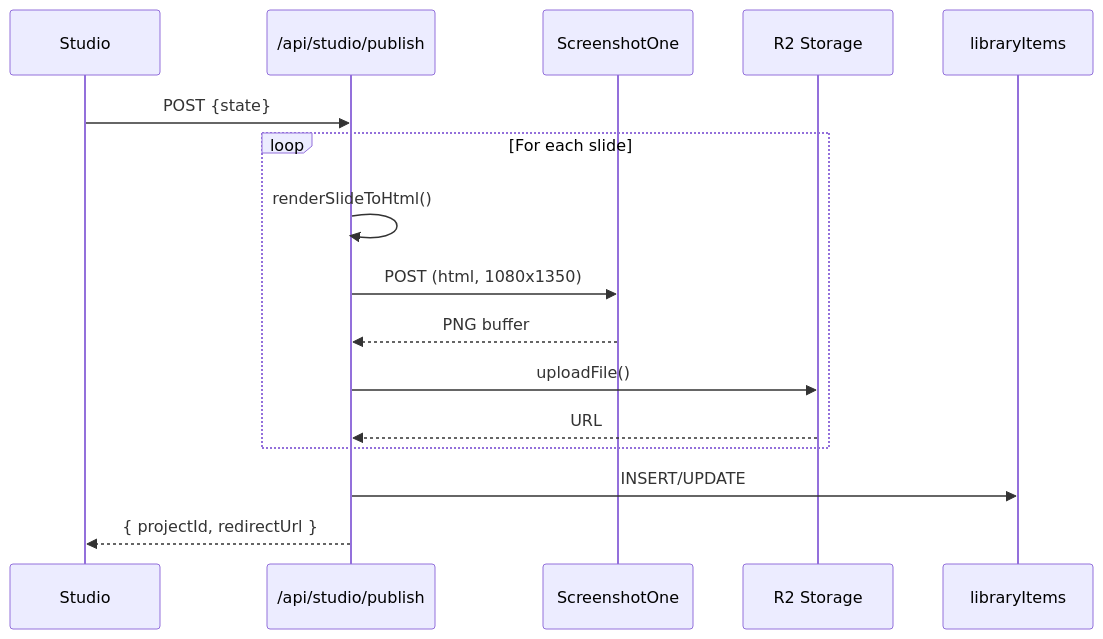
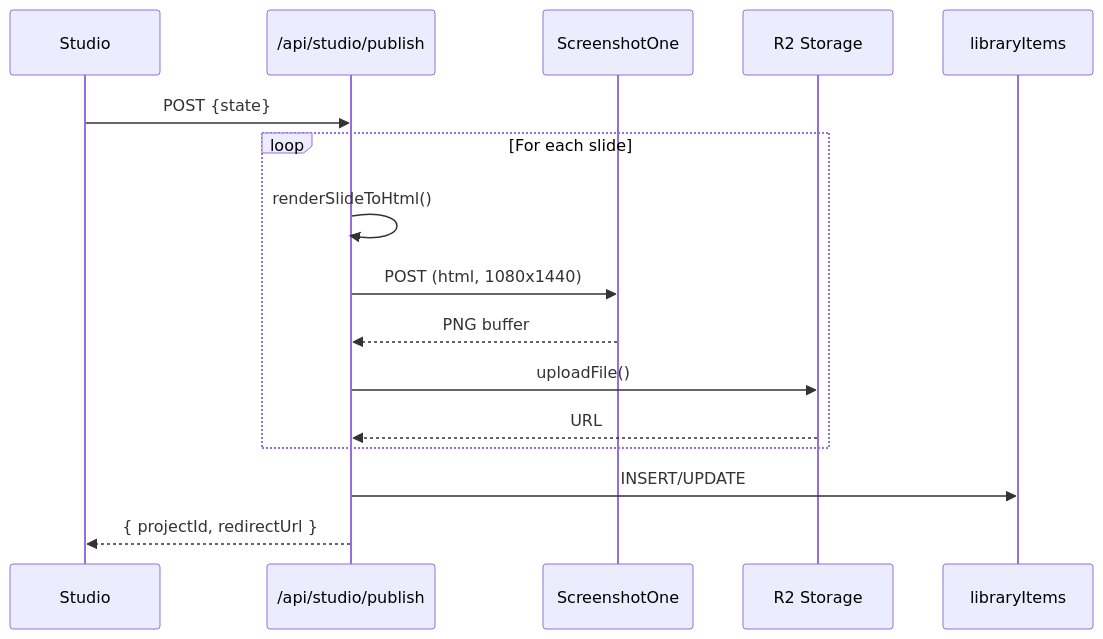
Before and after one commit to zoryon-dev/maquina-de-conteudo: diagram 12 of 21 in .context/docs/architecture.md, drawn with Mermaid. The commit also changed 17 other files, not shown here.

````diff
--- a/.context/docs/architecture.md
+++ b/.context/docs/architecture.md
@@ -999,19 +999,19 @@
 ```mermaid
 sequenceDiagram
     participant Studio
     participant API as /api/studio/publish
     participant SS as ScreenshotOne
     participant Storage as R2 Storage
     participant DB as libraryItems
 
     Studio->>API: POST {state}
     loop For each slide
         API->>API: renderSlideToHtml()
-        API->>SS: POST (html, 1080x1350)
+        API->>SS: POST (html, 1080x1440)
         SS-->>API: PNG buffer
         API->>Storage: uploadFile()
         Storage-->>API: URL
     end
     API->>DB: INSERT/UPDATE
     API-->>Studio: { projectId, redirectUrl }
 ```
````
